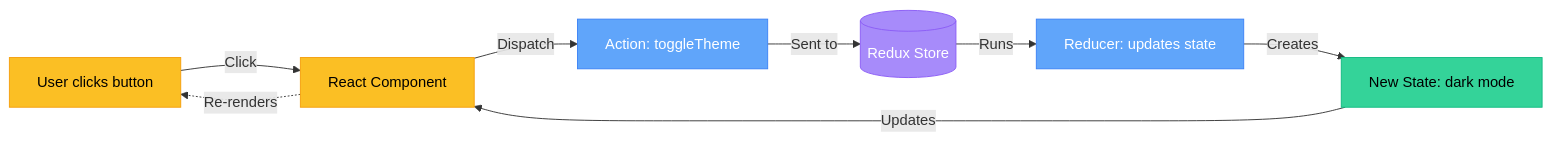
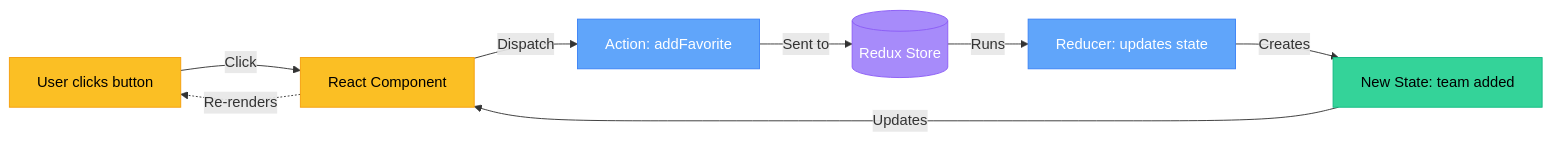
The first of 2 diagrams in redux-architecture.md (ejtx16/game2ez), drawn with Mermaid before and after one commit. The commit also changed other lines of this file and 37 other files, not shown here.

````diff
--- a/redux-architecture.md
+++ b/redux-architecture.md
@@ -9,27 +9,27 @@
 ```mermaid
 flowchart LR
     User[User clicks button]
     Component[React Component]
-    Action[Action: toggleTheme]
+    Action[Action: addFavorite]
     Store[(Redux Store)]
     Reducer[Reducer: updates state]
-    NewState[New State: dark mode]
+    NewState[New State: team added]
 
     User -->|Click| Component
     Component -->|Dispatch| Action
     Action -->|Sent to| Store
     Store -->|Runs| Reducer
     Reducer -->|Creates| NewState
     NewState -->|Updates| Component
     Component -.->|Re-renders| User
 
     classDef userStyle fill:#fbbf24,stroke:#f59e0b,color:#000
     classDef compStyle fill:#60a5fa,stroke:#3b82f6,color:#fff
     classDef storeStyle fill:#a78bfa,stroke:#8b5cf6,color:#fff
     classDef stateStyle fill:#34d399,stroke:#10b981,color:#000
 
     class User,Component userStyle
     class Action,Reducer compStyle
     class Store storeStyle
     class NewState stateStyle
 ```
````
